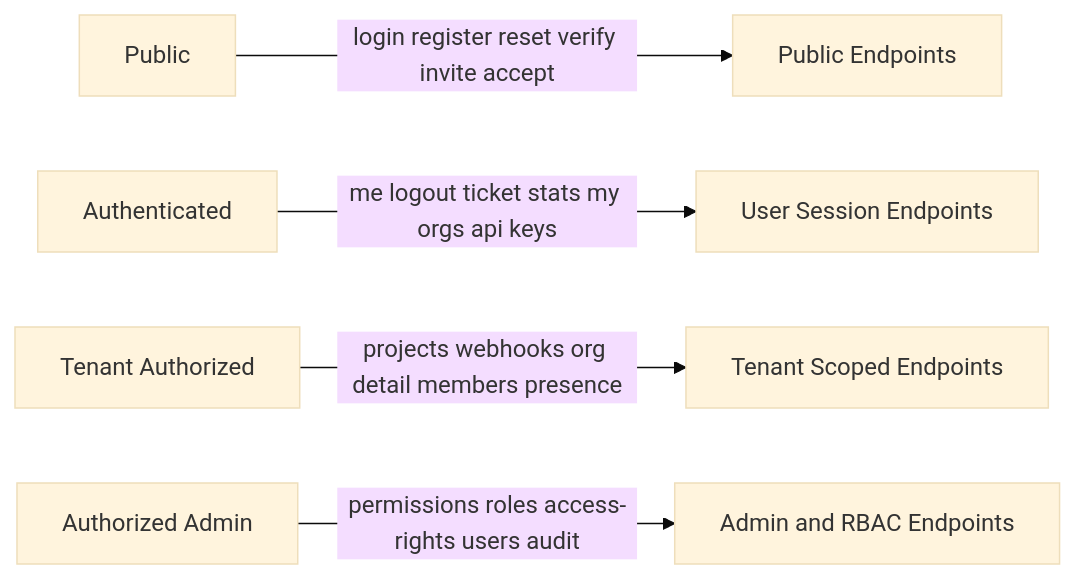
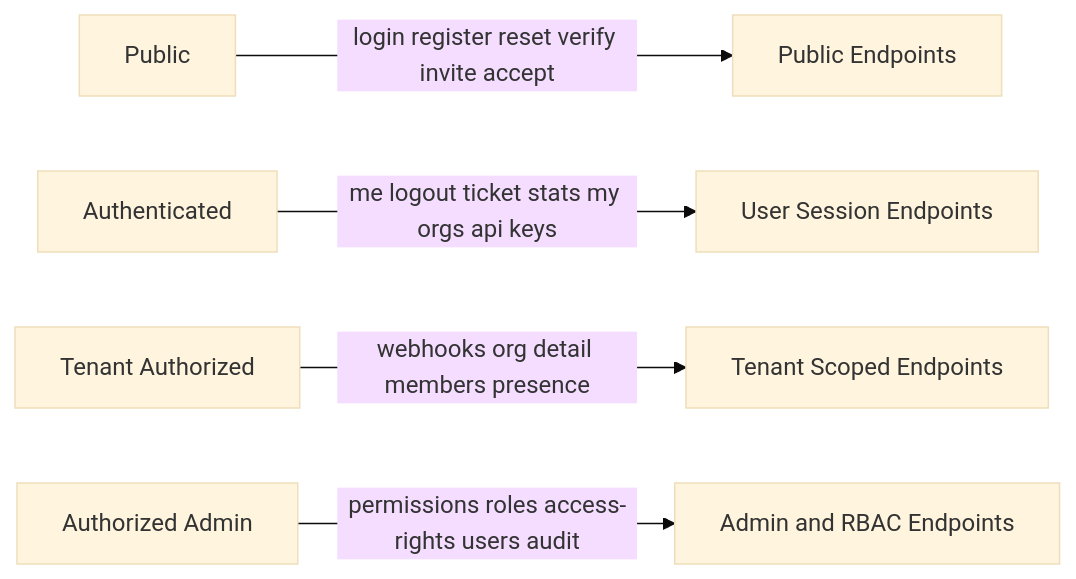
One commit to Roisfaozi/queue-base changed the fourth of 11 diagrams in documentation/architecture/ARCHITECTURE_VISUAL_AND_SEQUENCE.md. Above: the diagram before and after it, drawn with Mermaid (base theme). The commit also changed other lines of this file and 13 other files, not shown here.

````diff
--- a/documentation/architecture/ARCHITECTURE_VISUAL_AND_SEQUENCE.md
+++ b/documentation/architecture/ARCHITECTURE_VISUAL_AND_SEQUENCE.md
@@ -198,12 +193,12 @@
 ```mermaid
 flowchart LR
     Public[Public]
     Authenticated[Authenticated]
     TenantAuthorized[Tenant Authorized]
     Authorized[Authorized Admin]
 
     Public -->|login register reset verify invite accept| API1[Public Endpoints]
     Authenticated -->|me logout ticket stats my orgs api keys| API2[User Session Endpoints]
-    TenantAuthorized -->|projects webhooks org detail members presence| API3[Tenant Scoped Endpoints]
+    TenantAuthorized -->|webhooks org detail members presence| API3[Tenant Scoped Endpoints]
     Authorized -->|permissions roles access-rights users audit| API4[Admin and RBAC Endpoints]
 ```
````
